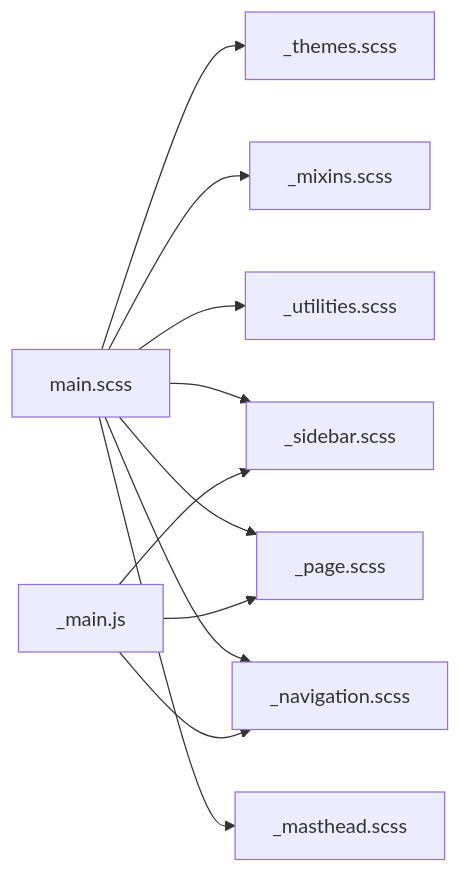
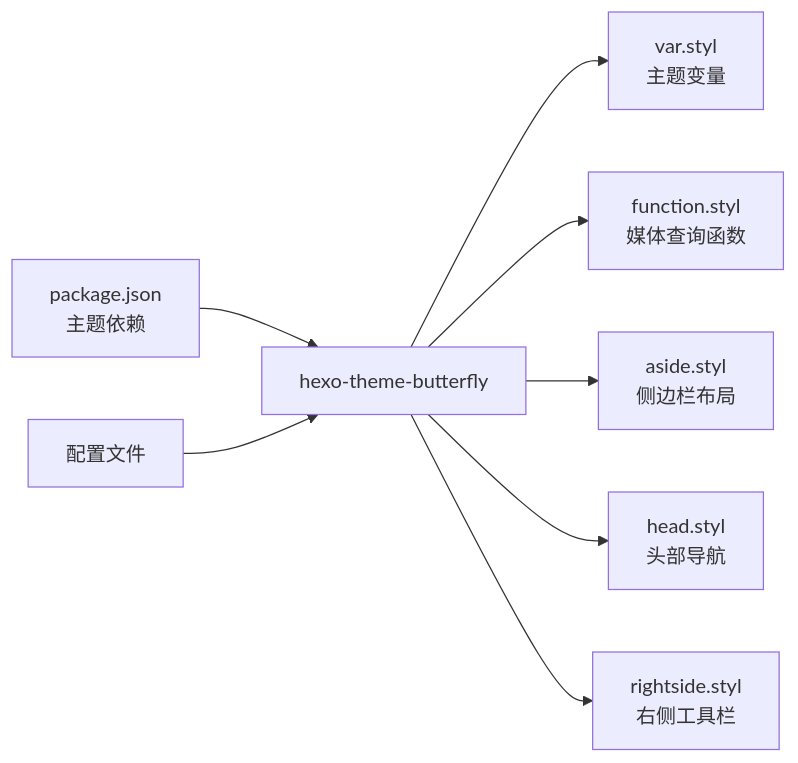
One commit to CoolPig0720/CoolPig0720.github.io changed the fifth of 5 diagrams in .qoder/repowiki/zh/content/主题和样式系统/响应式设计实现.md. Above: the diagram before and after it, drawn with Mermaid. The commit also changed other lines of this file and 36 other files, not shown here.

````diff
--- a/.qoder/repowiki/zh/content/主题和样式系统/响应式设计实现.md
+++ b/.qoder/repowiki/zh/content/主题和样式系统/响应式设计实现.md
@@ -235,13 +198,10 @@
 ```mermaid
 graph LR
-MS["main.scss"] --> TH["_themes.scss"]
-MS --> MU["_mixins.scss"]
-MS --> UT["_utilities.scss"]
-MS --> SB["_sidebar.scss"]
-MS --> PG["_page.scss"]
-MS --> NA["_navigation.scss"]
-MS --> MH["_masthead.scss"]
-JS["_main.js"] --> NA
-JS --> SB
-JS --> PG
+PKG["package.json<br/>主题依赖"] --> THEME["hexo-theme-butterfly"]
+THEME --> VAR["var.styl<br/>主题变量"]
+THEME --> FUNC["function.styl<br/>媒体查询函数"]
+THEME --> ASIDE["aside.styl<br/>侧边栏布局"]
+THEME --> HEAD["head.styl<br/>头部导航"]
+THEME --> RIGHT["rightside.styl<br/>右侧工具栏"]
+CFG["配置文件"] --> THEME
 ```
````
